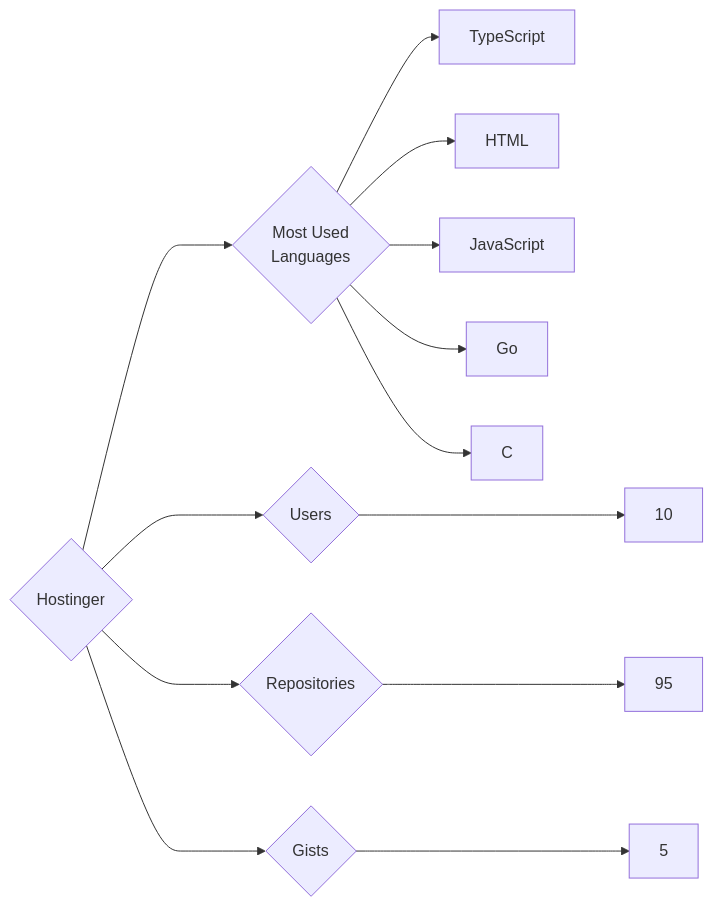
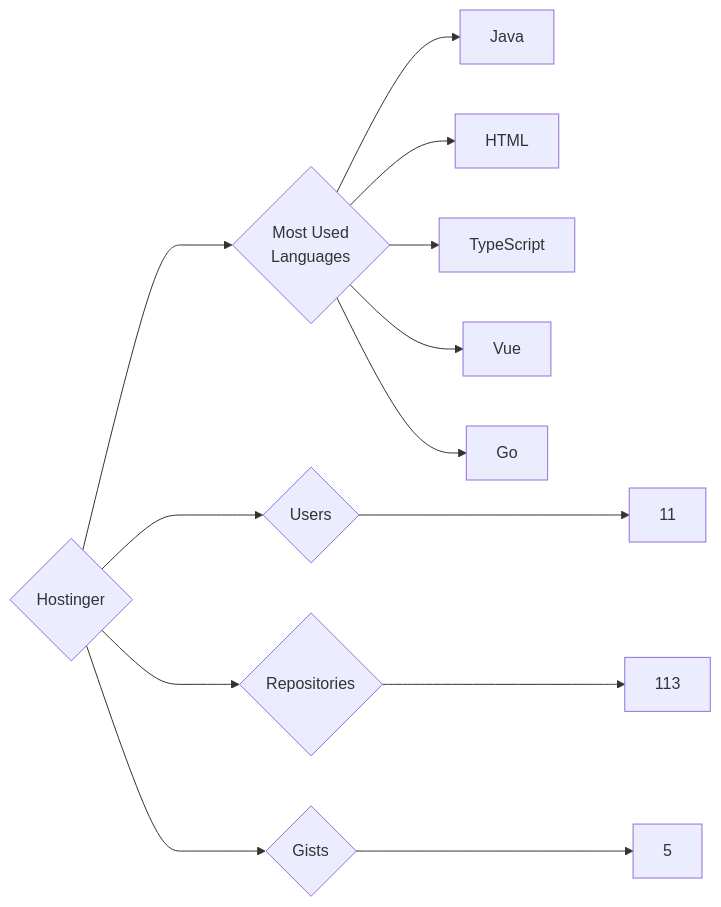
One commit to trickest/insiders changed the diagram in targets/Hostinger/README.md. Above: the diagram before and after it, drawn with Mermaid. The commit also changed 1020 other files, not shown here.

````diff
--- a/targets/Hostinger/README.md
+++ b/targets/Hostinger/README.md
@@ -3,13 +3,13 @@
 ```mermaid
 graph LR
 COMPANY_NAME{Hostinger}
-COMPANY_NAME ---> U{Users} ---> UN[10]
-COMPANY_NAME ---> R{Repositories} ---> RN[95]
+COMPANY_NAME ---> U{Users} ---> UN[11]
+COMPANY_NAME ---> R{Repositories} ---> RN[113]
 COMPANY_NAME ---> G{Gists} ---> GN[5]
 COMPANY_NAME ---> ML{Most Used<br>Languages}
+ML --> Java[Java]
+ML --> HTML[HTML]
 ML --> TypeScript[TypeScript]
-ML --> HTML[HTML]
-ML --> JavaScript[JavaScript]
+ML --> Vue[Vue]
 ML --> Go[Go]
-ML --> C[C]
 ```
````
